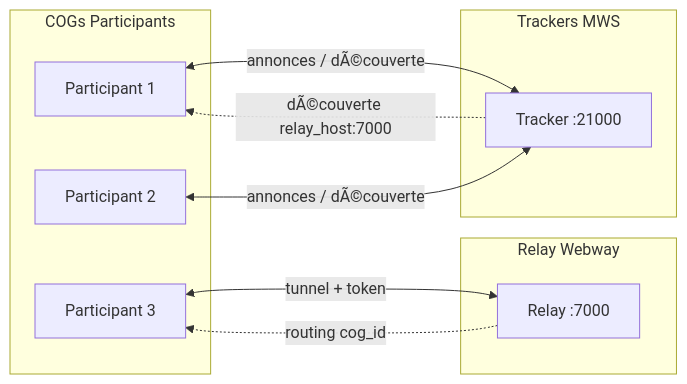
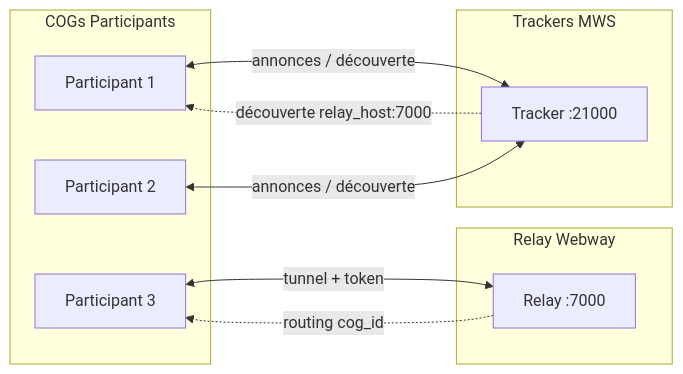
The second of 3 diagrams in docs/miyukini-webway-system/reference/Miyukini Conceptual References - Miyukini Webway System Complet.md (StudioMiyukini/miyukini_cog), drawn with Mermaid before and after one commit. The commit also changed other lines of this file and 564 other files, not shown here.

````diff
--- a/docs/miyukini-webway-system/reference/Miyukini Conceptual References - Miyukini Webway System Complet.md
+++ b/docs/miyukini-webway-system/reference/Miyukini Conceptual References - Miyukini Webway System Complet.md
@@ -188,22 +188,22 @@
 ```mermaid
 flowchart LR
     subgraph COGs["COGs Participants"]
         P1[Participant 1]
         P2[Participant 2]
         P3[Participant 3]
     end
 
     subgraph Relay["Relay Webway"]
         R[Relay :7000]
     end
 
     subgraph Trackers["Trackers MWS"]
         T1[Tracker :21000]
     end
 
-    P1 <-->|annonces / dÃ©couverte| T1
-    P2 <-->|annonces / dÃ©couverte| T1
+    P1 <-->|annonces / découverte| T1
+    P2 <-->|annonces / découverte| T1
     P3 <-->|tunnel + token| R
     R -.->|routing cog_id| P3
-    T1 -.->|dÃ©couverte relay_host:7000| P1
+    T1 -.->|découverte relay_host:7000| P1
 ```
````
